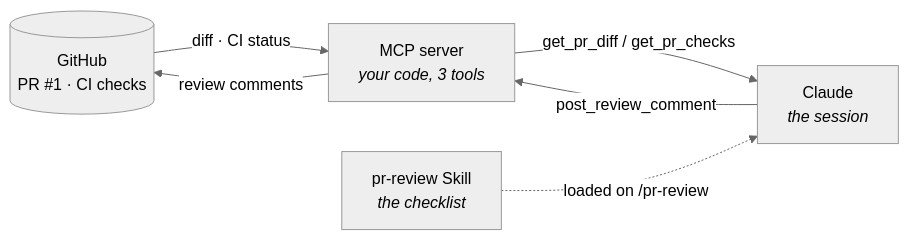
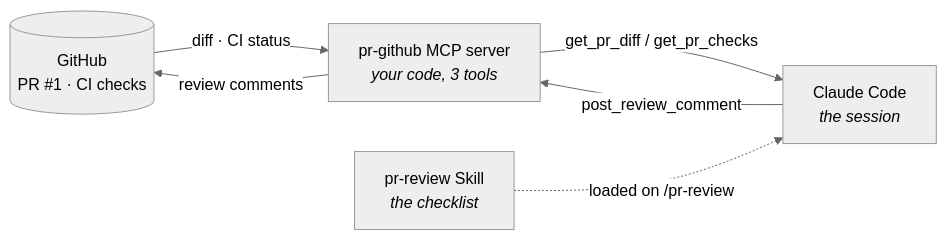
The diagram in README.md (Roli24/mcp-skill-demo), drawn with Mermaid (neutral theme) before and after one commit. The commit also changed other lines of this file and 7 other files, not shown here.

First line of the commit message:
Claude Code only: remove claude.ai/OAuth path entirely

````diff
--- a/README.md
+++ b/README.md
@@ -24,13 +25,13 @@
 ```mermaid
 flowchart LR
     GH[("GitHub<br/>PR #1 · CI checks")]
-    MCP["MCP server<br/><i>your code, 3 tools</i>"]
-    C["Claude<br/><i>the session</i>"]
+    MCP["pr-github MCP server<br/><i>your code, 3 tools</i>"]
+    C["Claude Code<br/><i>the session</i>"]
     SK["pr-review Skill<br/><i>the checklist</i>"]
 
     GH -- "diff · CI status" --> MCP
     MCP -- "get_pr_diff / get_pr_checks" --> C
     C -- "post_review_comment" --> MCP
     MCP -- "review comments" --> GH
     SK -. "loaded on /pr-review" .-> C
 ```
````
